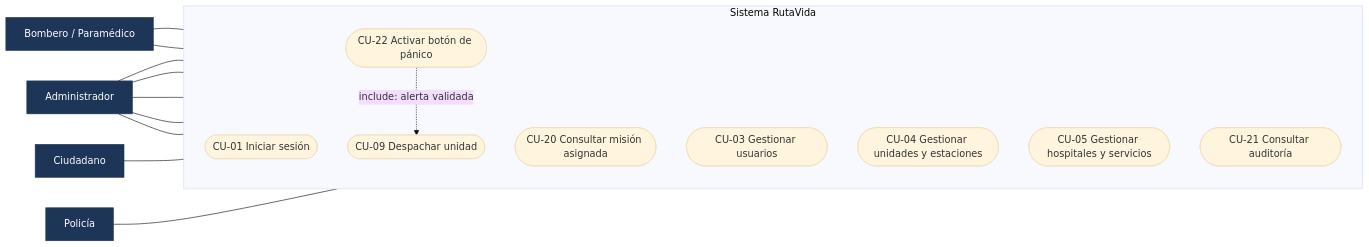
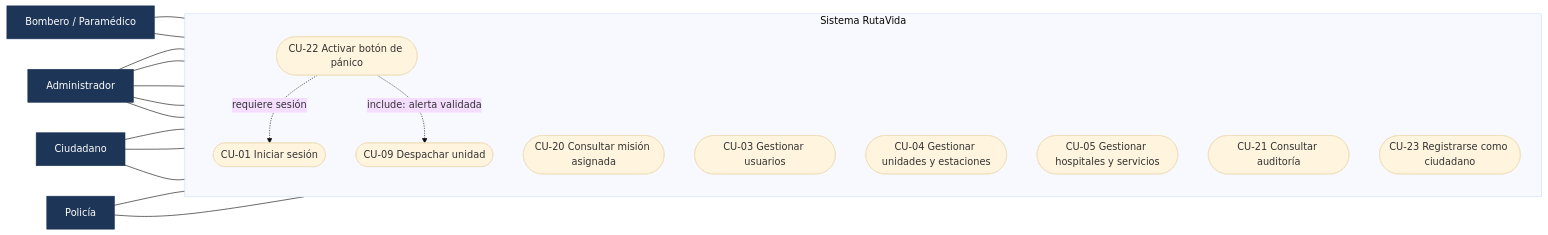
The third of 4 diagrams in docs/analysis.md (afzabaleta/RutaVida), drawn with Mermaid (base theme) before and after one commit. The commit also changed other lines of this file and 6 other files, not shown here.

````diff
--- a/docs/analysis.md
+++ b/docs/analysis.md
@@ -84,24 +84,26 @@
 ```mermaid
 flowchart LR
     BP["Bombero / Paramédico"]:::actor
     AD["Administrador"]:::actor
     CI["Ciudadano"]:::actor
     PO["Policía"]:::actor
     subgraph RV["Sistema RutaVida"]
         direction TB
         CU01([CU-01 Iniciar sesión])
         CU20([CU-20 Consultar misión asignada])
         CU03([CU-03 Gestionar usuarios])
         CU04([CU-04 Gestionar unidades y estaciones])
         CU05([CU-05 Gestionar hospitales y servicios])
         CU21([CU-21 Consultar auditoría])
+        CU23([CU-23 Registrarse como ciudadano])
         CU22([CU-22 Activar botón de pánico])
         CU09([CU-09 Despachar unidad])
     end
     BP --- CU01 & CU20
     AD --- CU01 & CU03 & CU04 & CU05 & CU21
-    CI --- CU22
-    PO --- CU22
+    CI --- CU23 & CU01 & CU22
+    PO --- CU01 & CU22
+    CU22 -. requiere sesión .-> CU01
     CU22 -. include: alerta validada .-> CU09
     classDef actor fill:#1d3557,color:#ffffff,stroke:#1d3557
 ```
````
